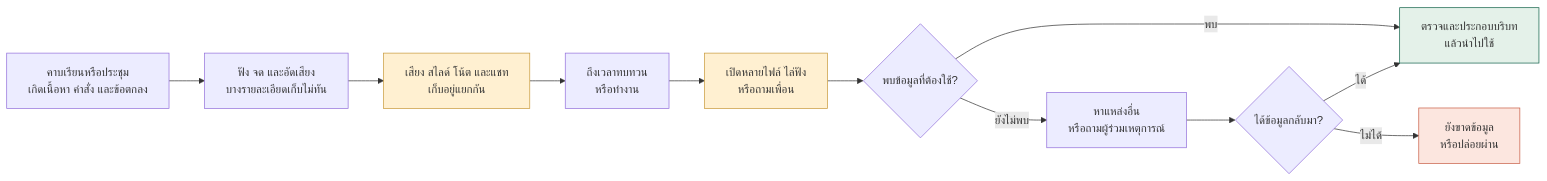
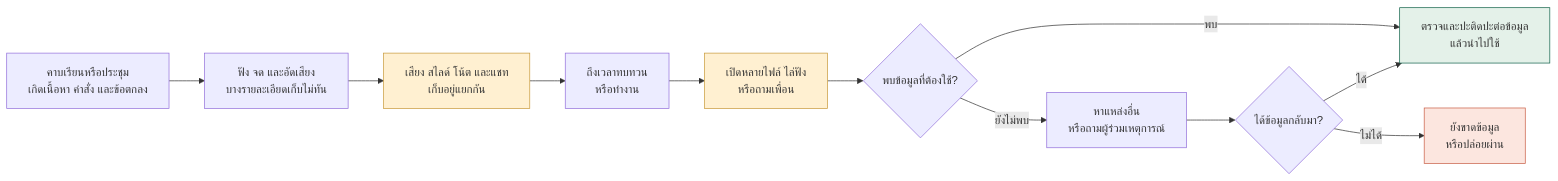
One commit to uhactuallyidk/sherlock-presentation-plan changed the first of 2 diagrams in SHERLOCK_BEFORE_AFTER_DIAGRAMS_TH.md. Above: the diagram before and after it, drawn with Mermaid. The commit also changed other lines of this file and 1 other file, not shown here.

Commit message:
Clarify Sherlock slide copy and workflow diagrams

````diff
--- a/SHERLOCK_BEFORE_AFTER_DIAGRAMS_TH.md
+++ b/SHERLOCK_BEFORE_AFTER_DIAGRAMS_TH.md
@@ -15,17 +15,17 @@
 ```mermaid
 flowchart LR
     A["คาบเรียนหรือประชุม<br/>เกิดเนื้อหา คำสั่ง และข้อตกลง"] --> B["ฟัง จด และอัดเสียง<br/>บางรายละเอียดเก็บไม่ทัน"]
     B --> C["เสียง สไลด์ โน้ต และแชท<br/>เก็บอยู่แยกกัน"]
     C --> D["ถึงเวลาทบทวน<br/>หรือทำงาน"]
     D --> E["เปิดหลายไฟล์ ไล่ฟัง<br/>หรือถามเพื่อน"]
     E --> F{"พบข้อมูลที่ต้องใช้?"}
-    F -->|"พบ"| G["ตรวจและประกอบบริบท<br/>แล้วนำไปใช้"]
+    F -->|"พบ"| G["ตรวจและปะติดปะต่อข้อมูล<br/>แล้วนำไปใช้"]
     F -->|"ยังไม่พบ"| H["หาแหล่งอื่น<br/>หรือถามผู้ร่วมเหตุการณ์"]
     H --> I{"ได้ข้อมูลกลับมา?"}
     I -->|"ได้"| G
     I -->|"ไม่ได้"| J["ยังขาดข้อมูล<br/>หรือปล่อยผ่าน"]
     style C fill:#fff0d1,stroke:#c99b3c
     style E fill:#fff0d1,stroke:#c99b3c
     style J fill:#fce6df,stroke:#c95e46
     style G fill:#e4f1e9,stroke:#12634b
 ```
````
